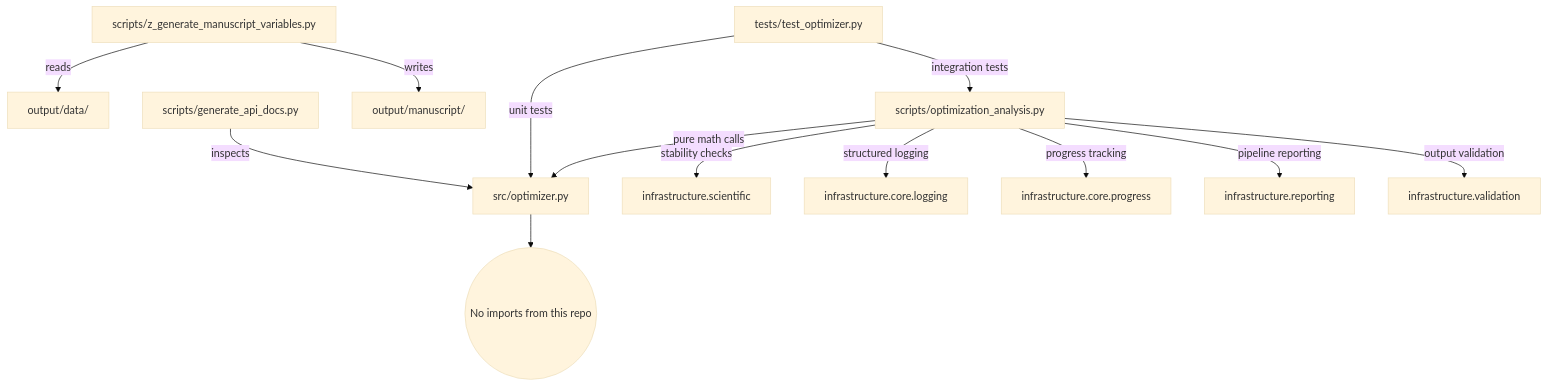
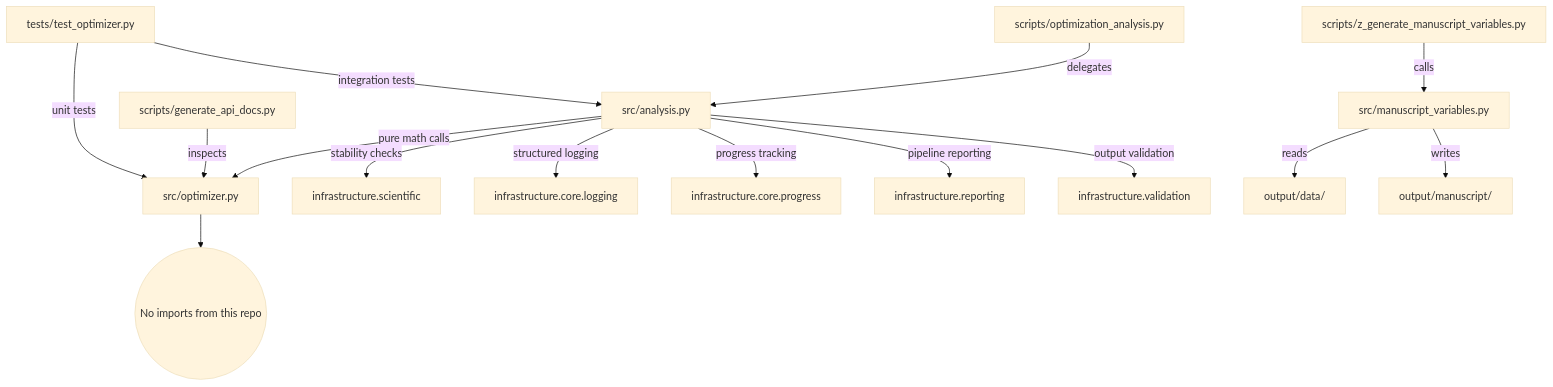
One commit to docxology/template changed the diagram in projects/template_code_project/docs/architecture.md. Above: the diagram before and after it, drawn with Mermaid (base theme). The commit also changed other lines of this file and 952 other files, not shown here.

````diff
--- a/projects/template_code_project/docs/architecture.md
+++ b/projects/template_code_project/docs/architecture.md
@@ -25,18 +25,20 @@
 ```mermaid
 graph TD
-    A[scripts/optimization_analysis.py] -->|pure math calls| B[src/optimizer.py]
-    A -->|stability checks| C[infrastructure.scientific]
-    A -->|structured logging| D[infrastructure.core.logging]
-    A -->|progress tracking| E[infrastructure.core.progress]
-    A -->|pipeline reporting| F[infrastructure.reporting]
-    A -->|output validation| G[infrastructure.validation]
+    A[scripts/optimization_analysis.py] -->|delegates| A2[src/analysis.py]
+    A2 -->|pure math calls| B[src/optimizer.py]
+    A2 -->|stability checks| C[infrastructure.scientific]
+    A2 -->|structured logging| D[infrastructure.core.logging]
+    A2 -->|progress tracking| E[infrastructure.core.progress]
+    A2 -->|pipeline reporting| F[infrastructure.reporting]
+    A2 -->|output validation| G[infrastructure.validation]
 
     H[scripts/generate_api_docs.py] -->|inspects| B
-    I[scripts/z_generate_manuscript_variables.py] -->|reads| J[output/data/]
-    I -->|writes| K[output/manuscript/]
+    I[scripts/z_generate_manuscript_variables.py] -->|calls| I2[src/manuscript_variables.py]
+    I2 -->|reads| J[output/data/]
+    I2 -->|writes| K[output/manuscript/]
 
     L[tests/test_optimizer.py] -->|unit tests| B
-    L -->|integration tests| A
+    L -->|integration tests| A2
 
     B --> M((No imports from this repo))
 ```
````
